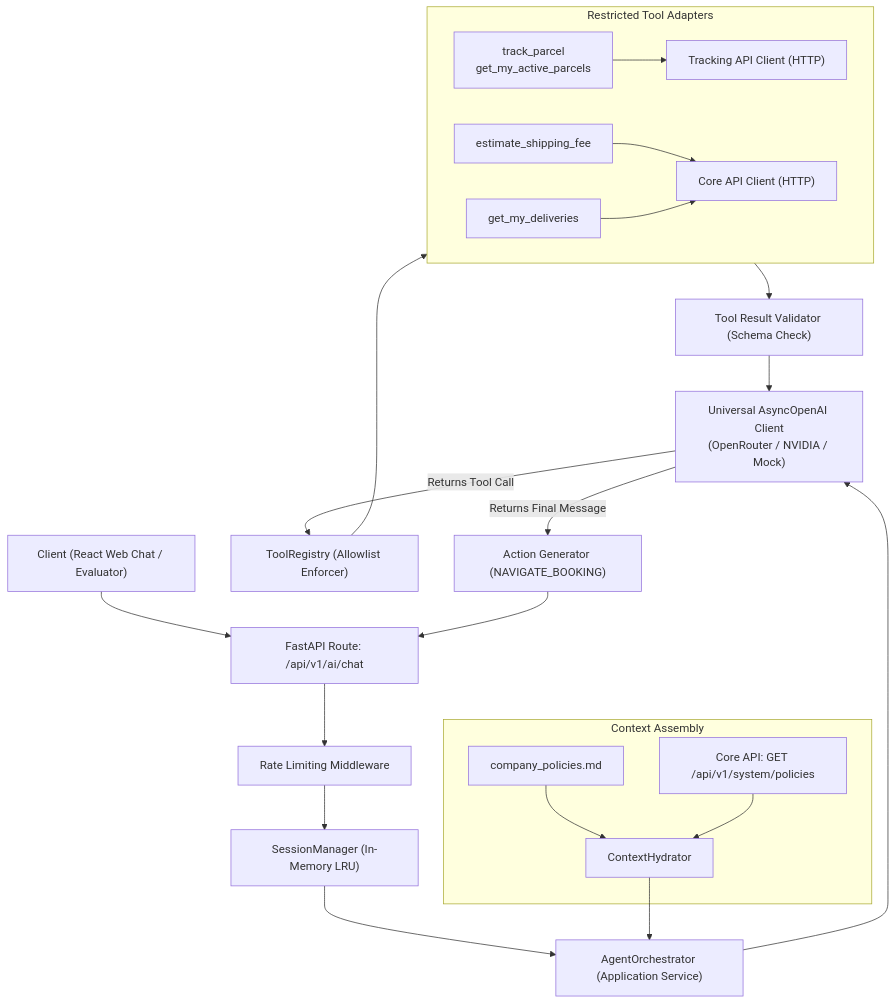
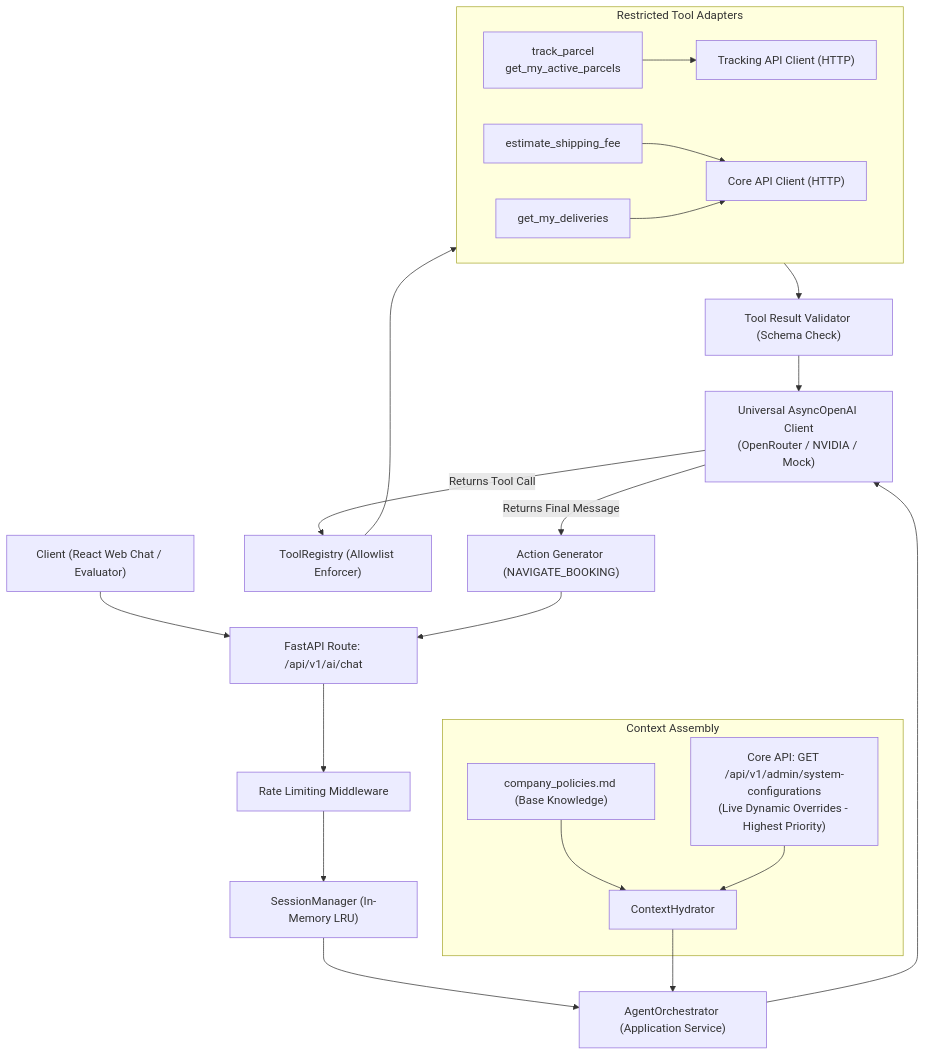
One commit to phantomTroupeEAD/SwiftDrop changed the first of 4 diagrams in docs/drafts/member-10-ai-assistant-quality/doc-03-internal-architecture-and-design.md. Above: the diagram before and after it, drawn with Mermaid. The commit also changed other lines of this file and 10 other files, not shown here.

Commit message:
docs(m10): synchronize specifications with audit fixes, webhook test artifact, dynamic policy overrides and MCP dual-channel transport

````diff
--- a/docs/drafts/member-10-ai-assistant-quality/doc-03-internal-architecture-and-design.md
+++ b/docs/drafts/member-10-ai-assistant-quality/doc-03-internal-architecture-and-design.md
@@ -76,33 +76,33 @@
 ```mermaid
 flowchart TD
     Client["Client (React Web Chat / Evaluator)"] --> Route["FastAPI Route: /api/v1/ai/chat"]
     Route --> RateLimiter["Rate Limiting Middleware"]
     RateLimiter --> SessionMgr["SessionManager (In-Memory LRU)"]
     
     SessionMgr --> Orchestrator["AgentOrchestrator (Application Service)"]
     
     subgraph ContextPrep["Context Assembly"]
         Hydrator["ContextHydrator"]
-        LocalFile["company_policies.md"] --> Hydrator
-        CoreAPI_Rules["Core API: GET /api/v1/system/policies"] --> Hydrator
+        LocalFile["company_policies.md (Base Knowledge)"] --> Hydrator
+        CoreAPI_Rules["Core API: GET /api/v1/admin/system-configurations<br/>(Live Dynamic Overrides - Highest Priority)"] --> Hydrator
     end
     
     Hydrator --> Orchestrator
     
     Orchestrator --> LLMAdapter["Universal AsyncOpenAI Client<br/>(OpenRouter / NVIDIA / Mock)"]
     
     LLMAdapter -- Returns Tool Call --> ToolDispatcher["ToolRegistry (Allowlist Enforcer)"]
     
     subgraph ToolExecution["Restricted Tool Adapters"]
         Tool_Track["track_parcel<br/>get_my_active_parcels"] --> TrackClient["Tracking API Client (HTTP)"]
         Tool_Price["estimate_shipping_fee"] --> CoreClient["Core API Client (HTTP)"]
         Tool_Hist["get_my_deliveries"] --> CoreClient
     end
     
     ToolDispatcher --> ToolExecution
     ToolExecution --> ToolResultValidator["Tool Result Validator (Schema Check)"]
     ToolResultValidator --> LLMAdapter
     
     LLMAdapter -- Returns Final Message --> ActionGenerator["Action Generator (NAVIGATE_BOOKING)"]
     ActionGenerator --> Route
 ```
````
